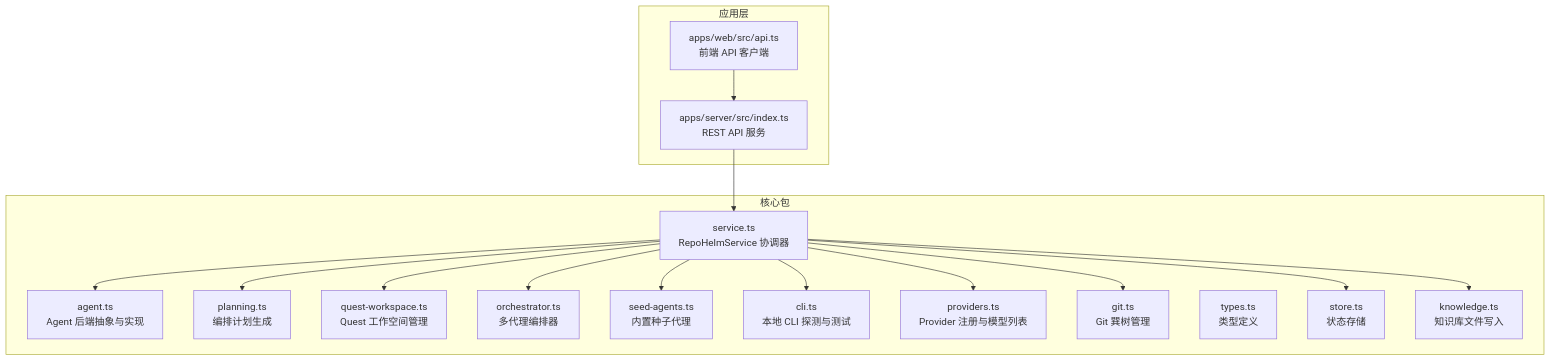
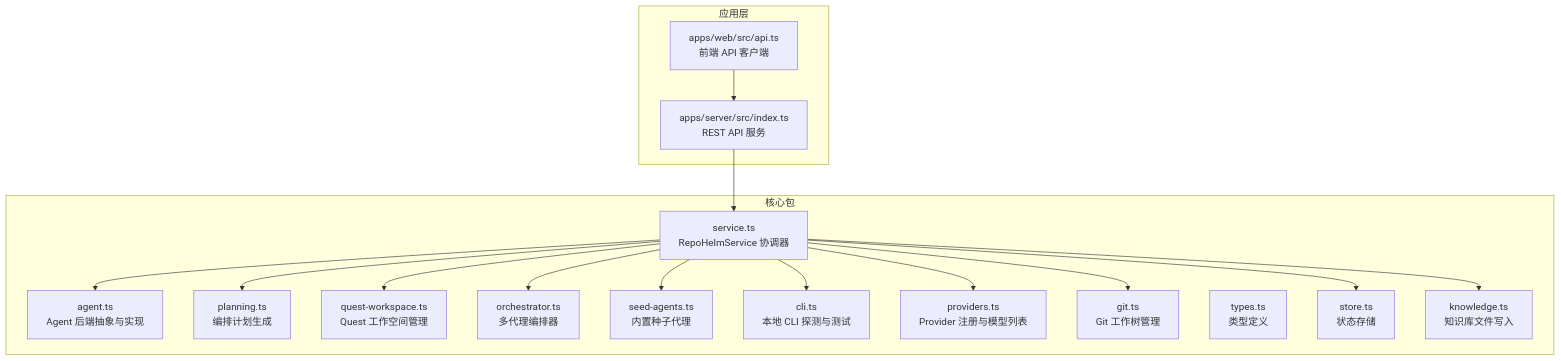
Before and after one commit to coconilu/RepoHelm: the first of 12 diagrams in .qoder/repowiki/zh/content/Agent 后端系统/Agent 后端系统.md, drawn with Mermaid. The commit also changed other lines of this file and 9 other files, not shown here.

First line of the commit message:
docs(zh): add KnowledgeCenter, Markdown & Mermaid

````diff
--- a/.qoder/repowiki/zh/content/Agent 后端系统/Agent 后端系统.md
+++ b/.qoder/repowiki/zh/content/Agent 后端系统/Agent 后端系统.md
@@ -64,33 +65,33 @@
 ```mermaid
 graph TB
 subgraph "核心包"
 AG["agent.ts<br/>Agent 后端抽象与实现"]
 PL["planning.ts<br/>编排计划生成"]
 QW["quest-workspace.ts<br/>Quest 工作空间管理"]
 OR["orchestrator.ts<br/>多代理编排器"]
 SA["seed-agents.ts<br/>内置种子代理"]
 CL["cli.ts<br/>本地 CLI 探测与测试"]
 PR["providers.ts<br/>Provider 注册与模型列表"]
 SV["service.ts<br/>RepoHelmService 协调器"]
-GT["git.ts<br/>Git 巽树管理"]
+GT["git.ts<br/>Git 工作树管理"]
 TP["types.ts<br/>类型定义"]
 ST["store.ts<br/>状态存储"]
 KL["knowledge.ts<br/>知识库文件写入"]
 end
 subgraph "应用层"
 SRV["apps/server/src/index.ts<br/>REST API 服务"]
 WEB["apps/web/src/api.ts<br/>前端 API 客户端"]
 end
 SRV --> SV
 SV --> AG
 SV --> PL
 SV --> QW
 SV --> OR
 SV --> SA
 SV --> CL
 SV --> PR
 SV --> GT
 SV --> ST
 SV --> KL
 WEB --> SRV
 ```
````
